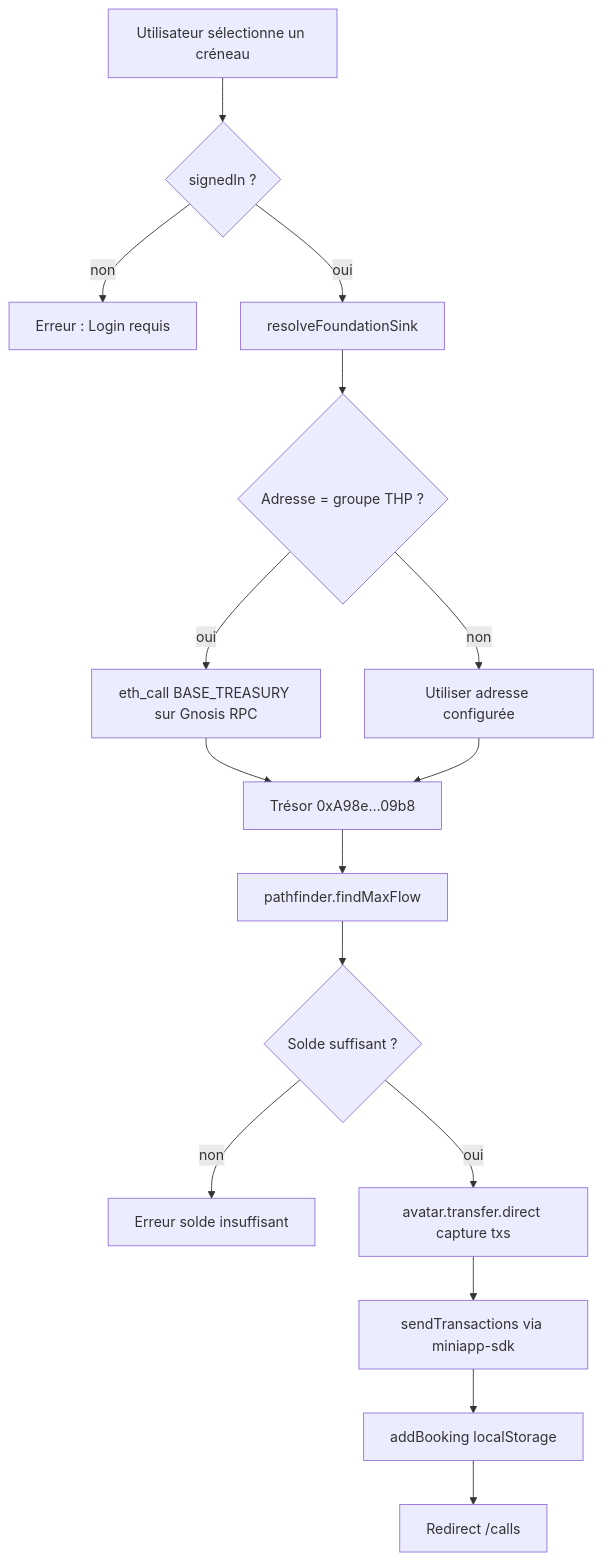
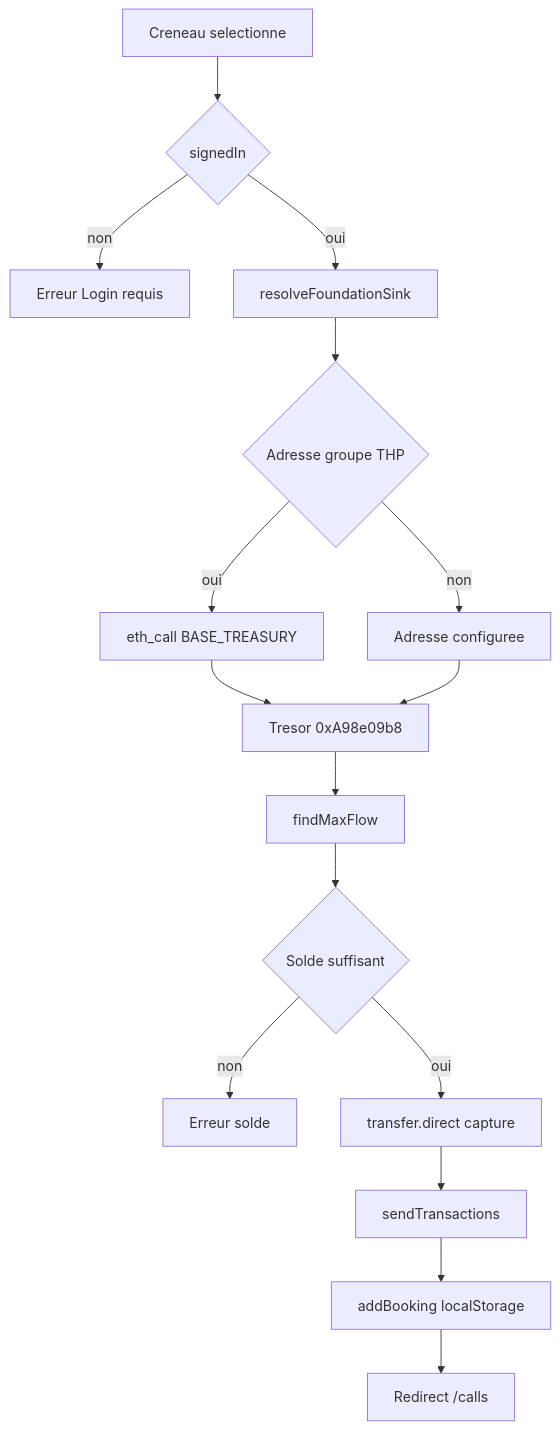
The third of 5 diagrams in docs/02-architecture.md (gnosis-box/THP-for-Good), drawn with Mermaid before and after one commit. The commit also changed other lines of this file and 7 other files, not shown here.

````diff
--- a/docs/02-architecture.md
+++ b/docs/02-architecture.md
@@ -90,18 +108,18 @@
 ```mermaid
 flowchart TD
-  A[Utilisateur sélectionne un créneau] --> B{signedIn ?}
-  B -->|non| E[Erreur : Login requis]
+  A[Creneau selectionne] --> B{signedIn}
+  B -->|non| E[Erreur Login requis]
   B -->|oui| C[resolveFoundationSink]
-  C --> D{Adresse = groupe THP ?}
-  D -->|oui| F[eth_call BASE_TREASURY sur Gnosis RPC]
-  D -->|non| G[Utiliser adresse configurée]
-  F --> H[Trésor 0xA98e…09b8]
+  C --> D{Adresse groupe THP}
+  D -->|oui| F[eth_call BASE_TREASURY]
+  D -->|non| G[Adresse configuree]
+  F --> H[Tresor 0xA98e09b8]
   G --> H
-  H --> I[pathfinder.findMaxFlow]
-  I --> J{Solde suffisant ?}
-  J -->|non| K[Erreur solde insuffisant]
-  J -->|oui| L[avatar.transfer.direct capture txs]
-  L --> M[sendTransactions via miniapp-sdk]
+  H --> I[findMaxFlow]
+  I --> J{Solde suffisant}
+  J -->|non| K[Erreur solde]
+  J -->|oui| L[transfer.direct capture]
+  L --> M[sendTransactions]
   M --> N[addBooking localStorage]
   N --> O[Redirect /calls]
 ```
````
